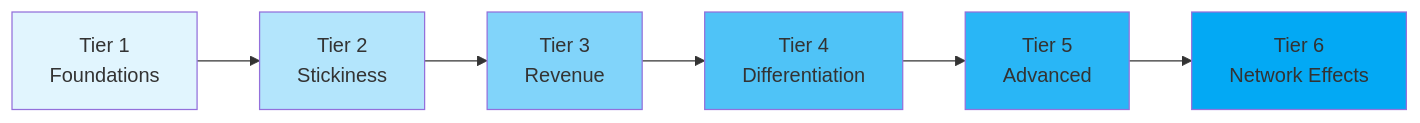
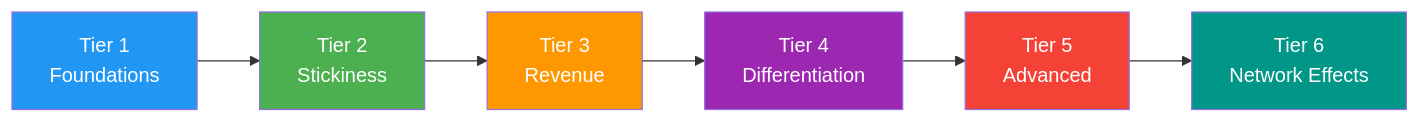
Before and after one commit to VisualGraphxLLC/NewPOPSys: the first of 7 diagrams in Post_v1/DEVELOPMENT_PRIORITY.md, drawn with Mermaid. The commit also changed other lines of this file and 1 other file, not shown here.

First line of the commit message:
Fix Mermaid chart colors for dark mode compatibility

````diff
--- a/Post_v1/DEVELOPMENT_PRIORITY.md
+++ b/Post_v1/DEVELOPMENT_PRIORITY.md
@@ -9,15 +9,15 @@
 ```mermaid
 flowchart LR
     T1[Tier 1\nFoundations] --> T2[Tier 2\nStickiness]
     T2 --> T3[Tier 3\nRevenue]
     T3 --> T4[Tier 4\nDifferentiation]
     T4 --> T5[Tier 5\nAdvanced]
     T5 --> T6[Tier 6\nNetwork Effects]
 
-    style T1 fill:#e1f5fe
-    style T2 fill:#b3e5fc
-    style T3 fill:#81d4fa
-    style T4 fill:#4fc3f7
-    style T5 fill:#29b6f6
-    style T6 fill:#03a9f4
+    style T1 fill:#2196f3,color:#fff
+    style T2 fill:#4caf50,color:#fff
+    style T3 fill:#ff9800,color:#fff
+    style T4 fill:#9c27b0,color:#fff
+    style T5 fill:#f44336,color:#fff
+    style T6 fill:#009688,color:#fff
 ```
````
